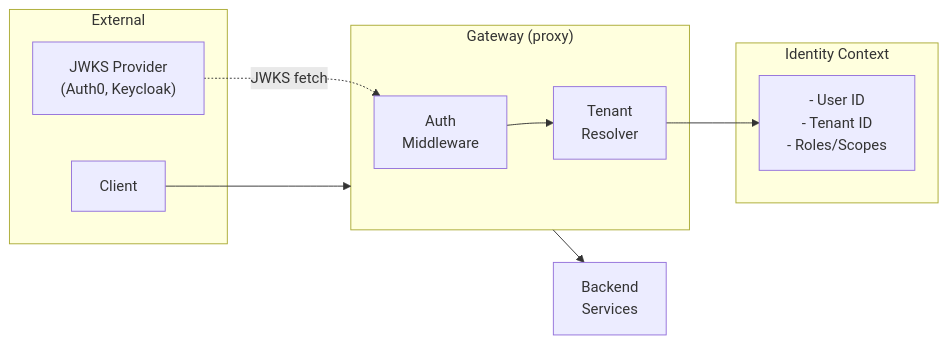
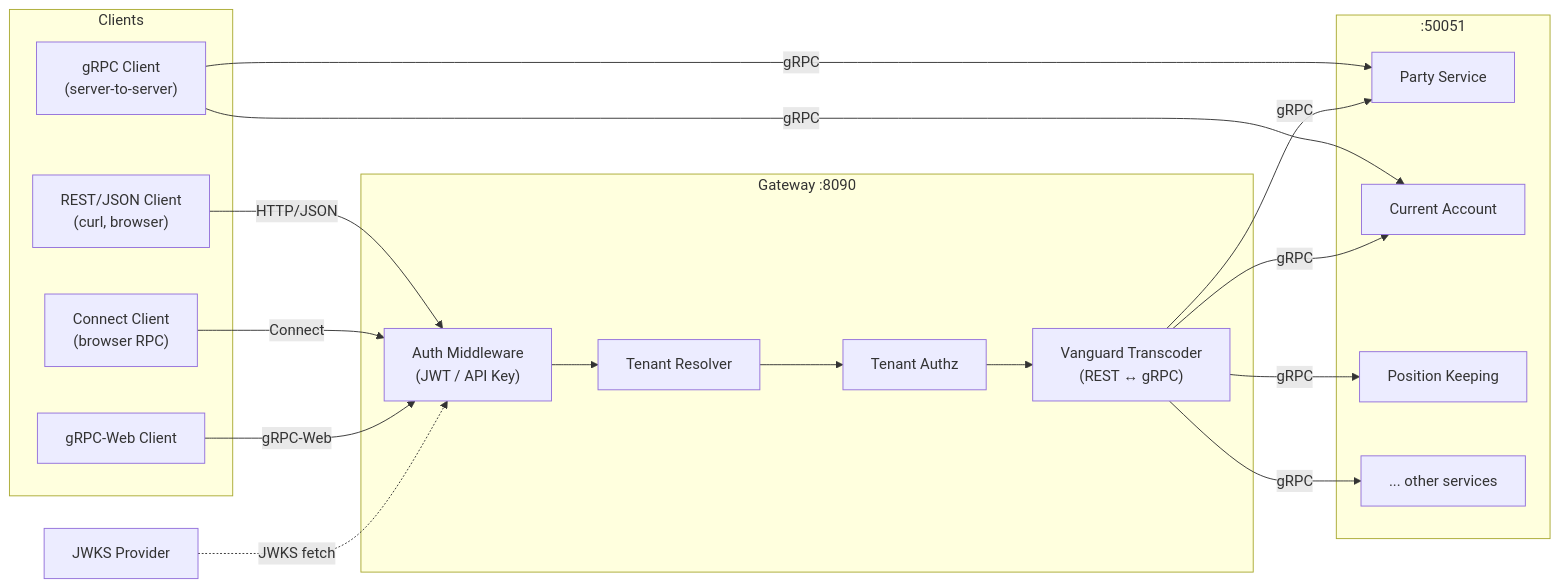
Before and after one commit to meridianhub/meridian: the diagram in services/gateway/README.md, drawn with Mermaid. The commit also changed other lines of this file and 6 other files, not shown here.

First line of the commit message:
docs: Add JSON API documentation, onboarding guide, and Vanguard ADR

````diff
--- a/services/gateway/README.md
+++ b/services/gateway/README.md
@@ -35,24 +43,40 @@
 ```mermaid
 flowchart LR
-    subgraph External
-        Client["Client"]
-        JWKS["JWKS Provider<br/>(Auth0, Keycloak)"]
+    subgraph Clients
+        REST["REST/JSON Client<br/>(curl, browser)"]
+        ConnectClient["Connect Client<br/>(browser RPC)"]
+        GRPCWeb["gRPC-Web Client"]
+        GRPC["gRPC Client<br/>(server-to-server)"]
     end
 
-    subgraph Gateway["Gateway (proxy)"]
-        Auth["Auth<br/>Middleware"]
-        Tenant["Tenant<br/>Resolver"]
+    subgraph Gateway["Gateway :8090"]
+        Auth["Auth Middleware<br/>(JWT / API Key)"]
+        TenantRes["Tenant Resolver"]
+        TenantAuthz["Tenant Authz"]
+        Vanguard["Vanguard Transcoder<br/>(REST ↔ gRPC)"]
     end
 
-    subgraph Identity["Identity Context"]
-        Ctx["- User ID<br/>- Tenant ID<br/>- Roles/Scopes"]
+    subgraph Backends[":50051"]
+        Party["Party Service"]
+        Account["Current Account"]
+        PK["Position Keeping"]
+        Other["... other services"]
     end
 
-    Backend["Backend<br/>Services"]
+    JWKS["JWKS Provider"]
 
-    Client --> Gateway
-    JWKS -.->|"JWKS fetch"| Auth
-    Gateway --> Backend
-    Auth --> Tenant
-    Tenant --> Ctx
+    REST -->|HTTP/JSON| Auth
+    ConnectClient -->|Connect| Auth
+    GRPCWeb -->|gRPC-Web| Auth
+    GRPC -->|gRPC| Party
+    GRPC -->|gRPC| Account
+
+    Auth --> TenantRes
+    JWKS -.->|JWKS fetch| Auth
+    TenantRes --> TenantAuthz
+    TenantAuthz --> Vanguard
+    Vanguard -->|gRPC| Party
+    Vanguard -->|gRPC| Account
+    Vanguard -->|gRPC| PK
+    Vanguard -->|gRPC| Other
 ```
````
